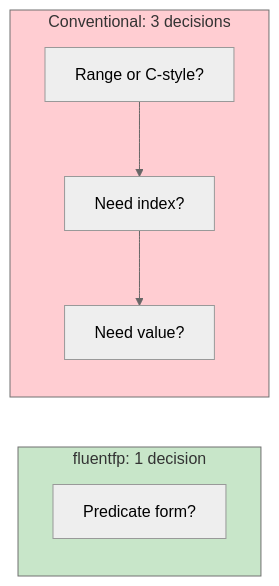
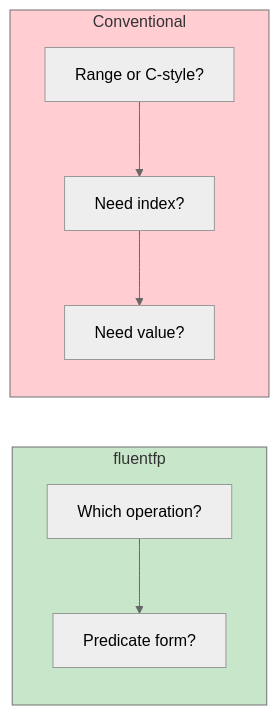
One commit to binaryphile/fluentfp changed the third of 4 diagrams in analysis.md. Above: the diagram before and after it, drawn with Mermaid (neutral theme). The commit also changed other lines of this file, not shown here.

````diff
--- a/analysis.md
+++ b/analysis.md
@@ -70,14 +69,14 @@
 ```mermaid
 flowchart LR
-    subgraph fluentfp["fluentfp: 1 decision"]
-        F1["Predicate form?"]
+    subgraph fluentfp["fluentfp"]
+        F1["Which operation?"] --> F2["Predicate form?"]
     end
 
-    subgraph Conventional["Conventional: 3 decisions"]
+    subgraph Conventional["Conventional"]
         C1["Range or C-style?"] --> C2["Need index?"]
         C2 --> C3["Need value?"]
     end
 
     style fluentfp fill:#c8e6c9
     style Conventional fill:#ffcdd2
 ```
````
